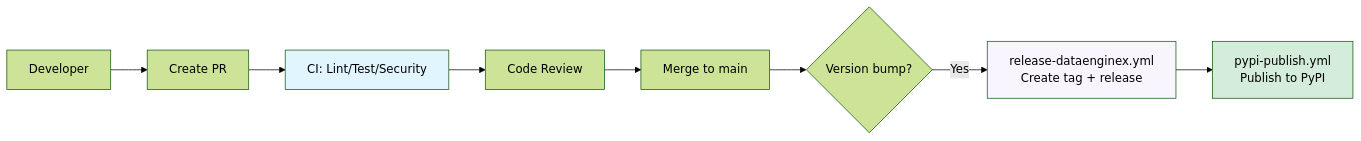
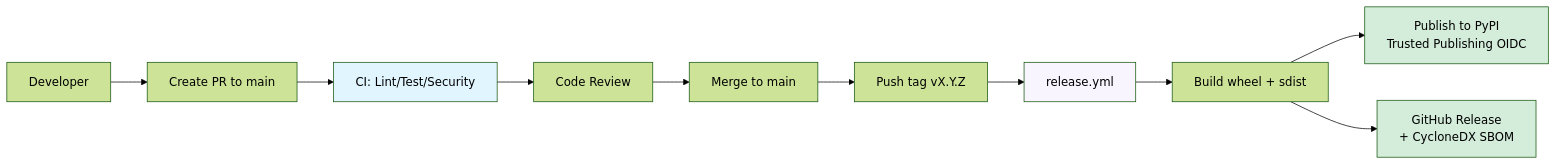
The diagram in docs/ci-cd.md (TheDataEngineX/dex), drawn with Mermaid (forest theme) before and after one commit. The commit also changed other lines of this file and 1 other file, not shown here.

First line of the commit message:
docs: rewrite ci-cd.md for release.yml, add v1.1.1 release notes

````diff
--- a/docs/ci-cd.md
+++ b/docs/ci-cd.md
@@ -34,15 +32,17 @@
 ```mermaid
 graph LR
-    Dev[Developer] --> PR[Create PR]
+    Dev[Developer] --> PR[Create PR to main]
     PR --> CI[CI: Lint/Test/Security]
     CI --> Review[Code Review]
     Review --> MergeMain[Merge to main]
-
-    MergeMain --> VersionBump{Version bump?}
-    VersionBump -->|Yes| Release[release-dataenginex.yml<br/>Create tag + release]
-    Release --> PyPI[pypi-publish.yml<br/>Publish to PyPI]
+    MergeMain --> Tag[Push tag vX.Y.Z]
+    Tag --> Release[release.yml]
+    Release --> Build[Build wheel + sdist]
+    Build --> PyPI[Publish to PyPI<br/>Trusted Publishing OIDC]
+    Build --> GHRelease[GitHub Release<br/>+ CycloneDX SBOM]
 
     style CI fill:#e1f5ff
     style Release fill:#f8f5ff
     style PyPI fill:#d4edda
+    style GHRelease fill:#d4edda
 ```
````
